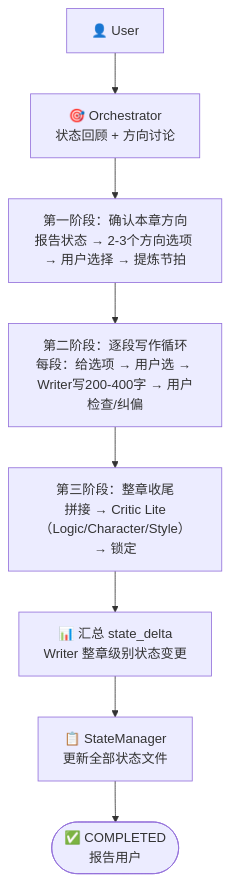
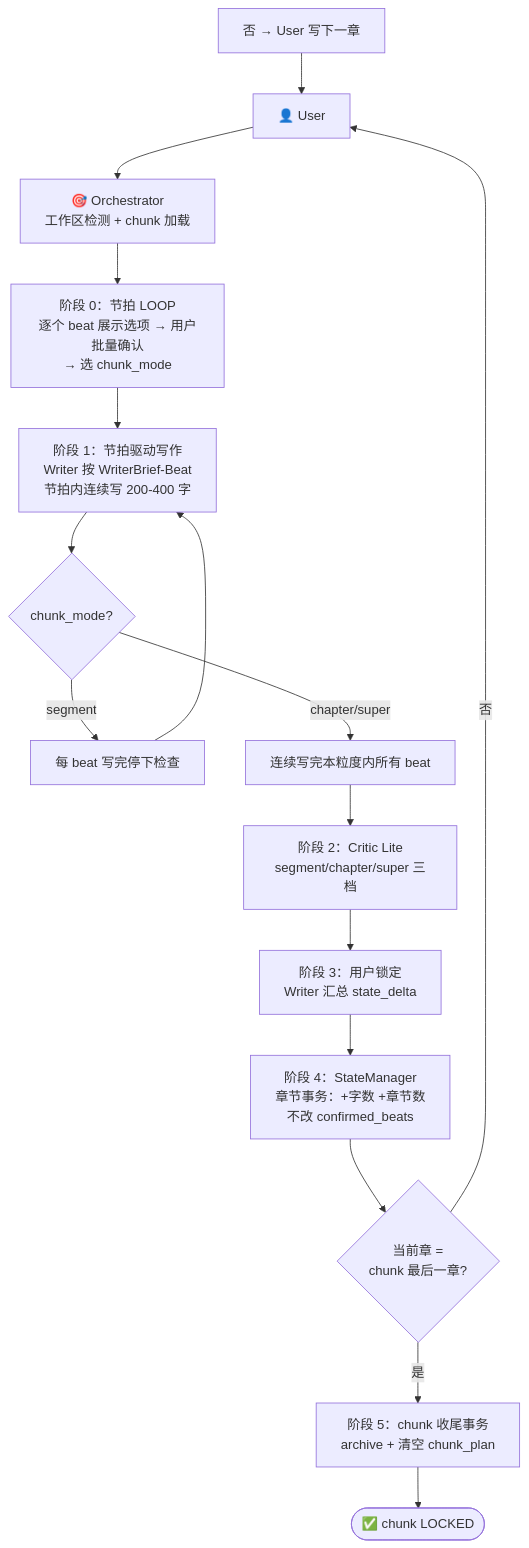
One commit to deathwhispers/novel-studio changed the first of 7 diagrams in workflow-specs/pipeline.md. Above: the diagram before and after it, drawn with Mermaid. The commit also changed other lines of this file and 9 other files, not shown here.

````diff
--- a/workflow-specs/pipeline.md
+++ b/workflow-specs/pipeline.md
@@ -14,15 +14,22 @@
 ```mermaid
 flowchart TD
     User["👤 User"]
-    Orchestrator["🎯 Orchestrator<br/>状态回顾 + 方向讨论"]
+    Orchestrator["🎯 Orchestrator<br/>工作区检测 + chunk 加载"]
 
     User --> Orchestrator
 
-    Orchestrator --> Phase1["第一阶段：确认本章方向<br/>报告状态 → 2-3个方向选项 → 用户选择 → 提炼节拍"]
-    Phase1 --> Phase2["第二阶段：逐段写作循环<br/>每段：给选项 → 用户选 → Writer写200-400字 → 用户检查/纠偏"]
-    Phase2 --> Phase3["第三阶段：整章收尾<br/>拼接 → Critic Lite（Logic/Character/Style）→ 锁定"]
-
-    Phase3 --> Summarize["📊 汇总 state_delta<br/>Writer 整章级别状态变更"]
-    Summarize --> StateManager["📋 StateManager<br/>更新全部状态文件"]
-    StateManager --> Completed(["✅ COMPLETED<br/>报告用户"])
+    Orchestrator --> Loop0["阶段 0：节拍 LOOP<br/>逐个 beat 展示选项 → 用户批量确认<br/>→ 选 chunk_mode"]
+    Loop0 --> Write1["阶段 1：节拍驱动写作<br/>Writer 按 WriterBrief-Beat<br/>节拍内连续写 200-400 字"]
+    Write1 --> Check{"chunk_mode?"}
+    Check -->|"segment"| BeatReview["每 beat 写完停下检查"]
+    Check -->|"chapter/super"| Auto["连续写完本粒度内所有 beat"]
+    BeatReview --> Write1
+    Auto --> CriticLite["阶段 2：Critic Lite<br/>segment/chapter/super 三档"]
+    CriticLite --> Lock["阶段 3：用户锁定<br/>Writer 汇总 state_delta"]
+    Lock --> StateManager["阶段 4：StateManager<br/>章节事务：+字数 +章节数<br/>不改 confirmed_beats"]
+    StateManager --> NextChapter{"当前章 =<br/>chunk 最后一章?"}
+    NextChapter -->|"否"| User
+    NextChunk["否 → User 写下一章"] --> User
+    NextChapter -->|"是"| ChunkClose["阶段 5：chunk 收尾事务<br/>archive + 清空 chunk_plan"]
+    ChunkClose --> Completed(["✅ chunk LOCKED"])
 ```
````
